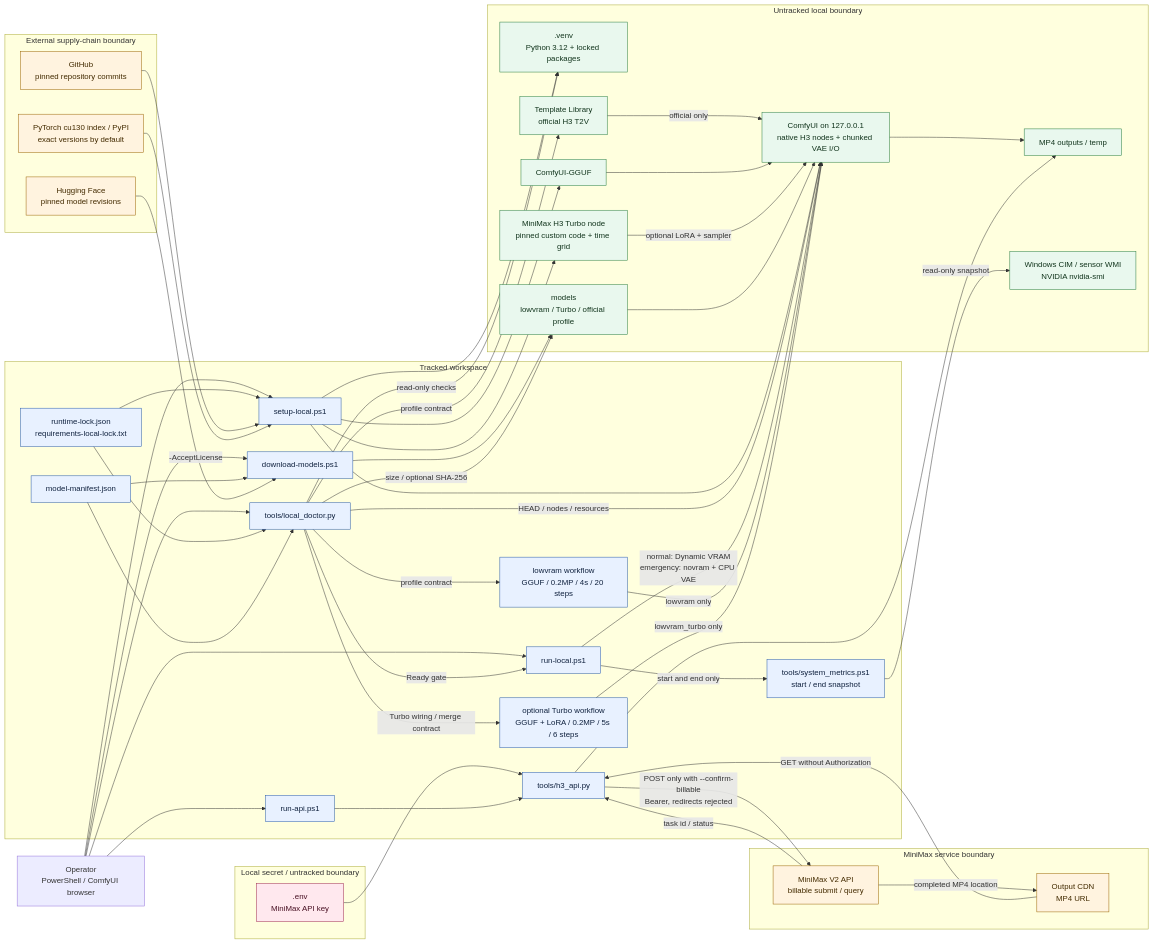
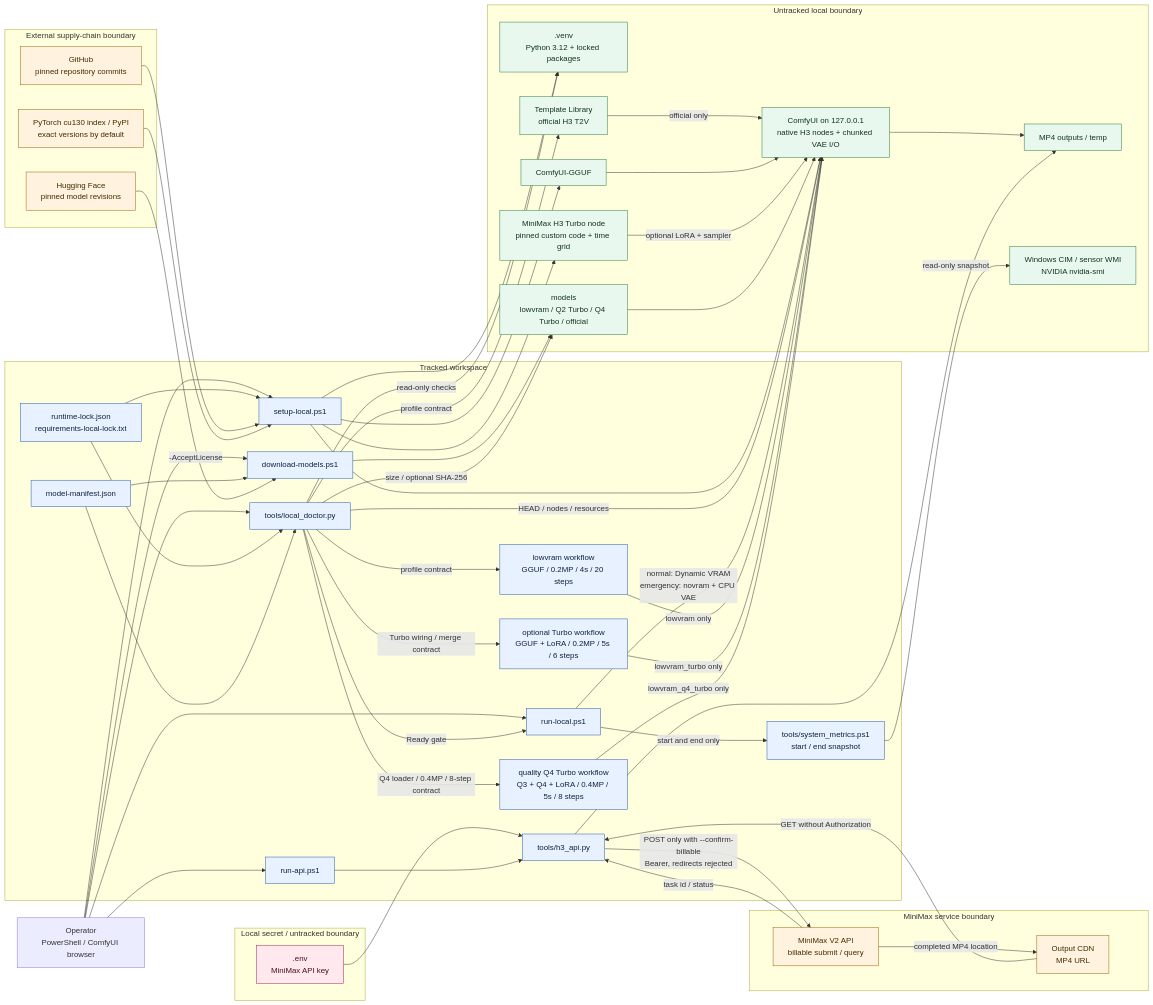
One commit to benriworks/MiniMax-H3 changed the diagram in ARCHITECTURE_DIAGRAM.md. Above: the diagram before and after it, drawn with Mermaid. The commit also changed 13 other files, not shown here.

Commit message:
feat: add Q4 Turbo low-VRAM quality profile

```diff
--- a/ARCHITECTURE_DIAGRAM.md
+++ b/ARCHITECTURE_DIAGRAM.md
@@ -16,6 +16,7 @@
         Metrics["tools/system_metrics.ps1<br/>start / end snapshot"]
         LowWorkflow["lowvram workflow<br/>GGUF / 0.2MP / 4s / 20 steps"]
         TurboWorkflow["optional Turbo workflow<br/>GGUF + LoRA / 0.2MP / 5s / 6 steps"]
+        Q4TurboWorkflow["quality Q4 Turbo workflow<br/>Q3 + Q4 + LoRA / 0.4MP / 5s / 8 steps"]
         ApiWrapper["run-api.ps1"]
         ApiCli["tools/h3_api.py"]
     end
@@ -29,7 +30,7 @@
         Comfy["ComfyUI on 127.0.0.1<br/>native H3 nodes + chunked VAE I/O"]
         GgufNode["ComfyUI-GGUF"]
         TurboNode["MiniMax H3 Turbo node<br/>pinned custom code + time grid"]
-        Models["models<br/>lowvram / Turbo / official profile"]
+        Models["models<br/>lowvram / Q2 Turbo / Q4 Turbo / official"]
         OfficialWorkflow["Template Library<br/>official H3 T2V"]
         Outputs["MP4 outputs / temp"]
         HardwareMetrics["Windows CIM / sensor WMI<br/>NVIDIA nvidia-smi"]
@@ -68,6 +69,7 @@
     Doctor -->|"size / optional SHA-256"| Models
     Doctor -->|"profile contract"| LowWorkflow
     Doctor -->|"Turbo wiring / merge contract"| TurboWorkflow
+    Doctor -->|"Q4 loader / 0.4MP / 8-step contract"| Q4TurboWorkflow
     Doctor -->|"profile contract"| OfficialWorkflow
 
     Operator --> Launcher
@@ -77,6 +79,7 @@
     Launcher -->|"normal: Dynamic VRAM<br/>emergency: novram + CPU VAE"| Comfy
     LowWorkflow -->|"lowvram only"| Comfy
     TurboWorkflow -->|"lowvram_turbo only"| Comfy
+    Q4TurboWorkflow -->|"lowvram_q4_turbo only"| Comfy
     OfficialWorkflow -->|"official only"| Comfy
     GgufNode --> Comfy
     TurboNode -->|"optional LoRA + sampler"| Comfy
@@ -97,7 +100,7 @@
     classDef external fill:#fff3df,stroke:#9a6300,color:#432b00;
     classDef secret fill:#ffe8ee,stroke:#9c284b,color:#481023;
 
-    class Setup,RuntimeLock,Downloader,ModelManifest,Doctor,Launcher,Metrics,LowWorkflow,TurboWorkflow,ApiWrapper,ApiCli tracked;
+    class Setup,RuntimeLock,Downloader,ModelManifest,Doctor,Launcher,Metrics,LowWorkflow,TurboWorkflow,Q4TurboWorkflow,ApiWrapper,ApiCli tracked;
     class Venv,Comfy,GgufNode,TurboNode,Models,OfficialWorkflow,Outputs,HardwareMetrics local;
     class GitHub,PackageIndexes,HuggingFace,MiniMaxApi,OutputCdn external;
     class Env secret;
```
